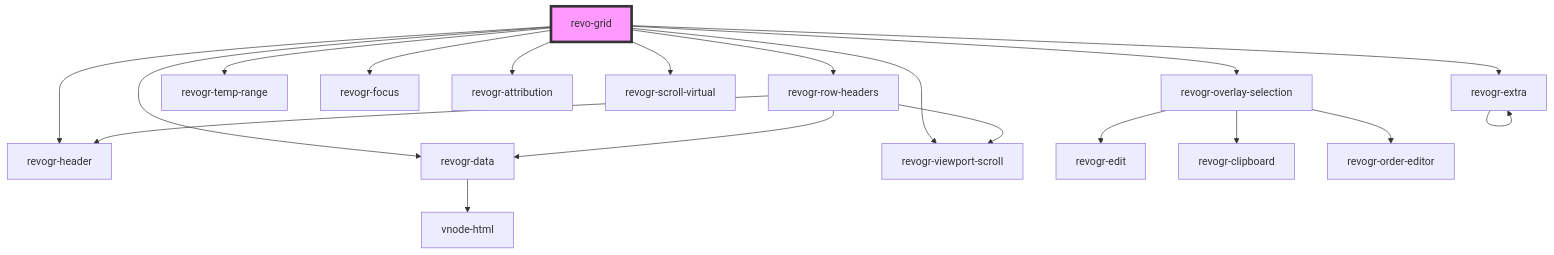
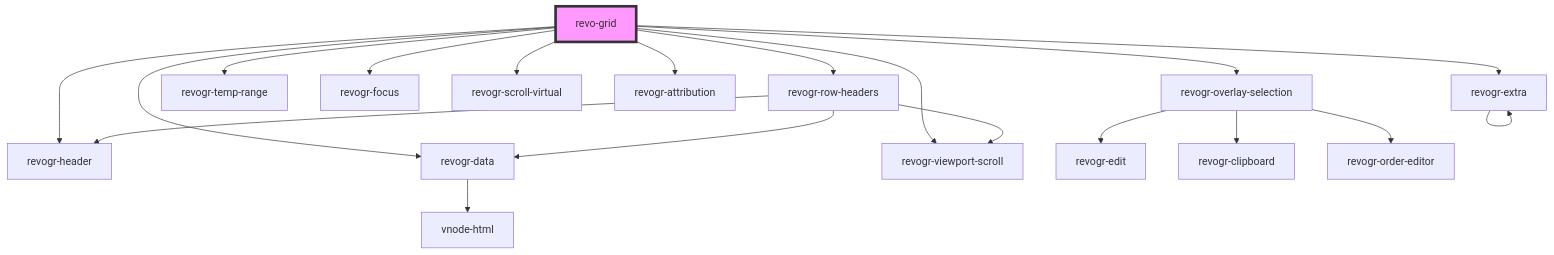
One commit to revolist/revogrid-docs changed the diagram in guide/api/revoGrid.md. Above: the diagram before and after it, drawn with Mermaid. The commit also changed other lines of this file and 237 other files, not shown here.

````diff
--- a/guide/api/revoGrid.md
+++ b/guide/api/revoGrid.md
@@ -479,22 +479,22 @@
 ```mermaid
 graph TD;
   revo-grid --> revogr-row-headers
   revo-grid --> revogr-header
   revo-grid --> revogr-overlay-selection
   revo-grid --> revogr-data
   revo-grid --> revogr-temp-range
   revo-grid --> revogr-focus
   revo-grid --> revogr-viewport-scroll
+  revo-grid --> revogr-scroll-virtual
   revo-grid --> revogr-attribution
-  revo-grid --> revogr-scroll-virtual
   revo-grid --> revogr-extra
   revogr-row-headers --> revogr-data
   revogr-row-headers --> revogr-viewport-scroll
   revogr-row-headers --> revogr-header
   revogr-data --> vnode-html
   revogr-overlay-selection --> revogr-edit
   revogr-overlay-selection --> revogr-clipboard
   revogr-overlay-selection --> revogr-order-editor
   revogr-extra --> revogr-extra
   style revo-grid fill:#f9f,stroke:#333,stroke-width:4px
 ```
````
